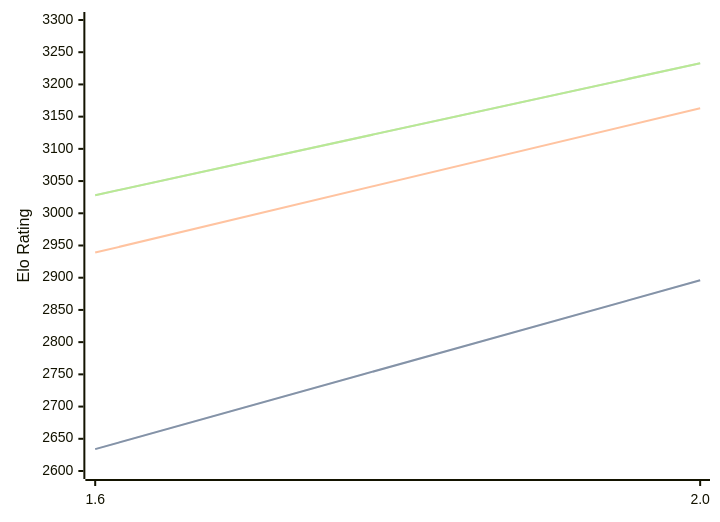
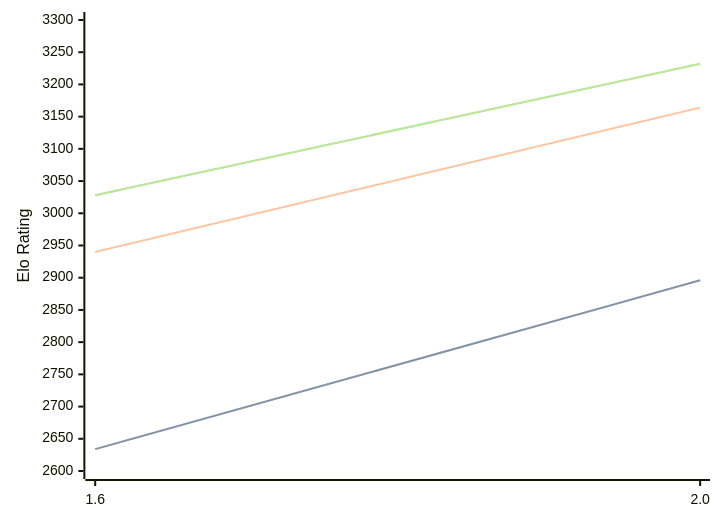
One commit to computer-chess-index/cci changed the diagram in engines/Onyx.md. Above: the diagram before and after it, drawn with Mermaid. The commit also changed other lines of this file, not shown here.

Commit message:
Update CCI Ratings (ELO VLTC) - 2026-10-08

````diff
--- a/engines/Onyx.md
+++ b/engines/Onyx.md
@@ -32,11 +32,11 @@
 ```mermaid
 %%{init: {"theme":"base","themeVariables":{"seriesColors:['#a3a3a3','#222221','#faa371']}}}%%
 xychart-beta
   x-axis ["1.6", "2.0"]
   y-axis "Elo Rating" 2600 --> 3300
   line "" [2634, 2896]
   line "STC (8.0+0.08s)" [2634, 2896]
-  line "LTC (60.0+0.60s)" [2939, 3163]
-  line "" [3028, 3233]
-  line "VLTC (2m24s+1.12s)" [3028, 3233]
+  line "LTC (60.0+0.60s)" [2940, 3164]
+  line "" [3028, 3232]
+  line "VLTC (2m24s+1.12s)" [3028, 3232]
 ```
````
